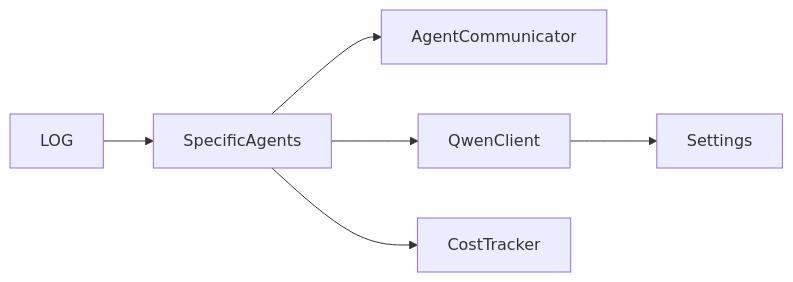
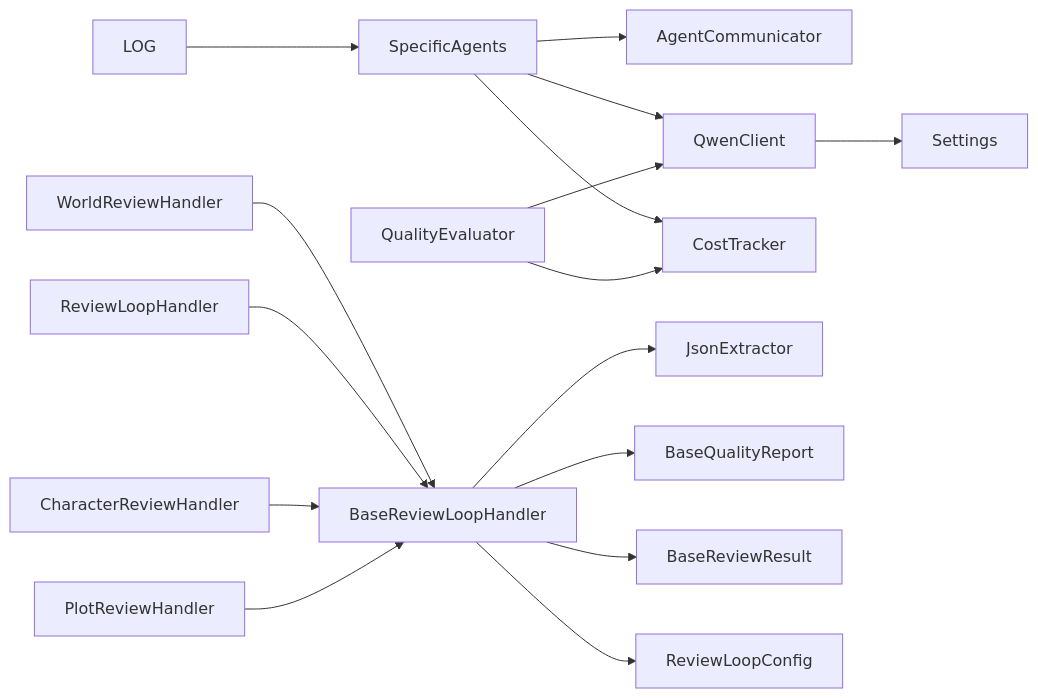
One commit to xfbyxq/ai-novel-system changed the tenth of 10 diagrams in .qoder/repowiki/zh/content/AI智能体系统/AI智能体系统.md. Above: the diagram before and after it, drawn with Mermaid. The commit also changed other lines of this file and 10 other files, not shown here.

````diff
--- a/.qoder/repowiki/zh/content/AI智能体系统/AI智能体系统.md
+++ b/.qoder/repowiki/zh/content/AI智能体系统/AI智能体系统.md
@@ -242,8 +577,18 @@
 ```mermaid
 graph LR
 SA["SpecificAgents"] --> AC["AgentCommunicator"]
 SA --> QC["QwenClient"]
 SA --> CT["CostTracker"]
+RLB["BaseReviewLoopHandler"] --> JX["JsonExtractor"]
+RLB --> QR["BaseQualityReport"]
+RLB --> RR["BaseReviewResult"]
+RLB --> RLC["ReviewLoopConfig"]
+WR["WorldReviewHandler"] --> RLB
+RL["ReviewLoopHandler"] --> RLB
+CR["CharacterReviewHandler"] --> RLB
+PR["PlotReviewHandler"] --> RLB
+QE["QualityEvaluator"] --> QC
+QE --> CT
 QC --> CFG["Settings"]
 LOG --> SA
 ```
````
